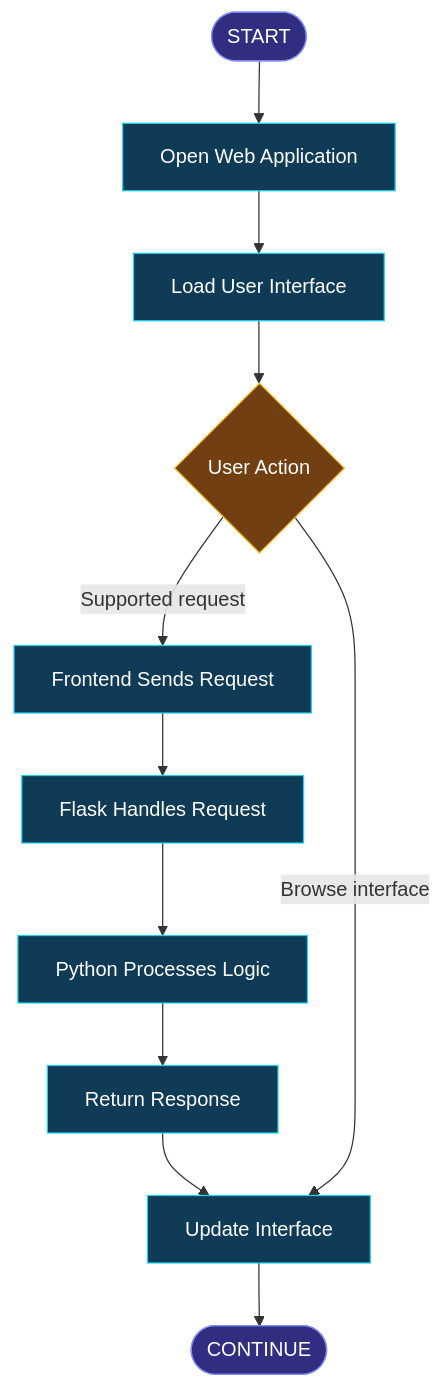
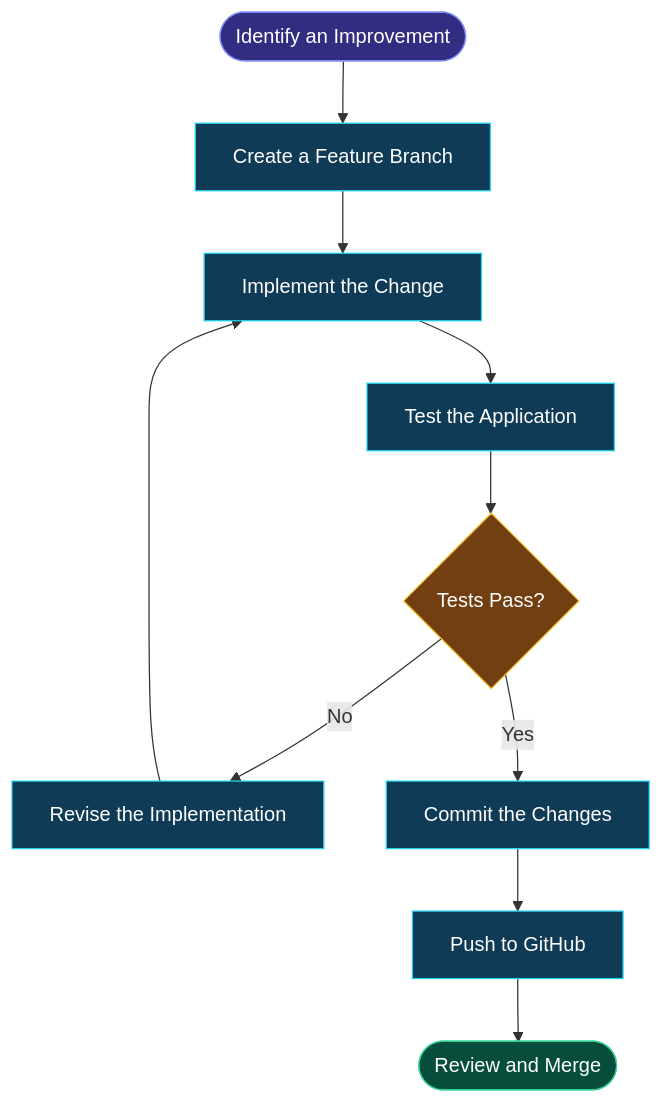
One commit to maahii-in/first-pratice-2021 changed the fourth of 4 diagrams in README.md. Above: the diagram before and after it, drawn with Mermaid. The commit also changed other lines of this file, not shown here.

First line of the commit message:
Revise README for clarity and improved visuals

````diff
--- a/README.md
+++ b/README.md
@@ -334,21 +710,26 @@
 ```mermaid
 flowchart TD
-    A(["START"]) --> B["Open Web Application"]
-    B --> C["Load User Interface"]
-    C --> D{"User Action"}
-    D -->|Supported request| E["Frontend Sends Request"]
-    E --> F["Flask Handles Request"]
-    F --> G["Python Processes Logic"]
-    G --> H["Return Response"]
-    H --> I["Update Interface"]
-    D -->|Browse interface| I
-    I --> J(["CONTINUE"])
+    A(["Identify an Improvement"])
+    B["Create a Feature Branch"]
+    C["Implement the Change"]
+    D["Test the Application"]
+    E{"Tests Pass?"}
+    F["Revise the Implementation"]
+    G["Commit the Changes"]
+    H["Push to GitHub"]
+    I(["Review and Merge"])
 
-    classDef start fill:#312e81,stroke:#818cf8,color:#ffffff
-    classDef step fill:#0f3b56,stroke:#22d3ee,color:#ffffff
-    classDef decision fill:#713f12,stroke:#fbbf24,color:#ffffff
+    A --> B --> C --> D --> E
+    E -->|No| F --> C
+    E -->|Yes| G --> H --> I
 
-    class A,J start
-    class B,C,E,F,G,H,I step
-    class D decision
+    classDef start fill:#312E81,stroke:#818CF8,color:#FFFFFF
+    classDef process fill:#0F3B56,stroke:#22D3EE,color:#FFFFFF
+    classDef decision fill:#713F12,stroke:#FBBF24,color:#FFFFFF
+    classDef success fill:#064E3B,stroke:#34D399,color:#FFFFFF
+
+    class A start
+    class B,C,D,F,G,H process
+    class E decision
+    class I success
 ```
````
